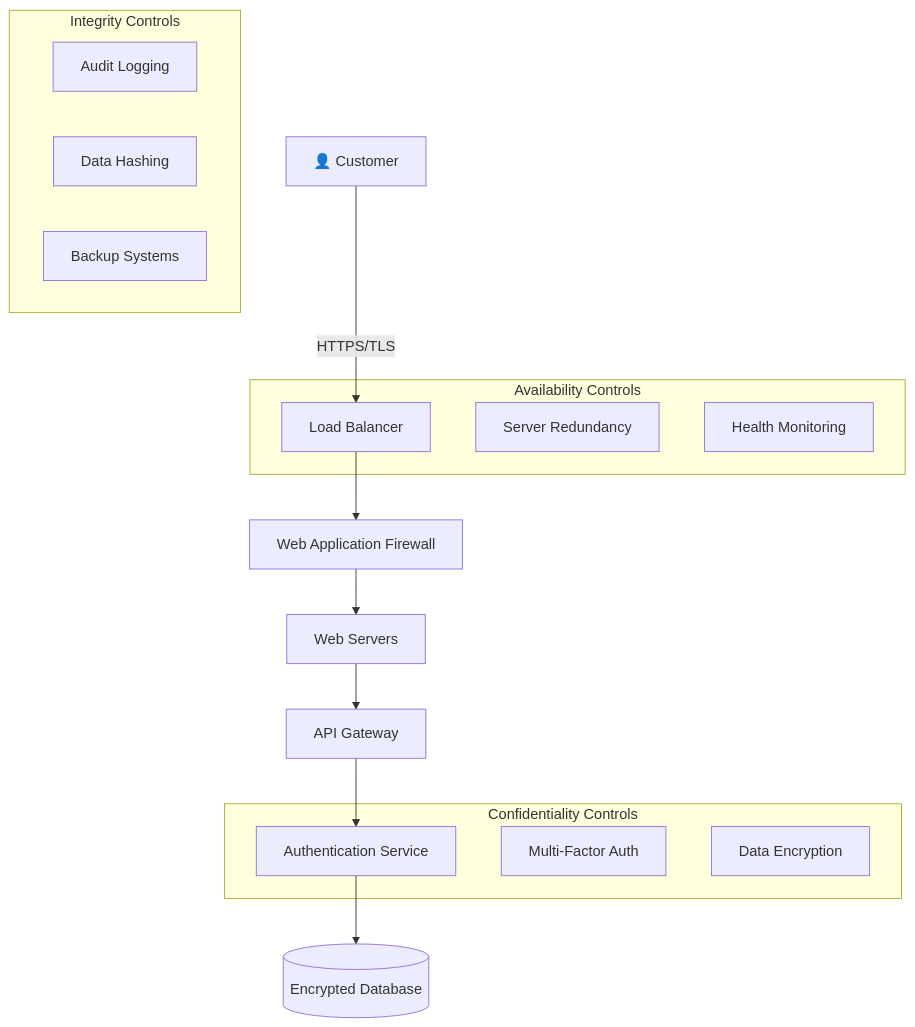
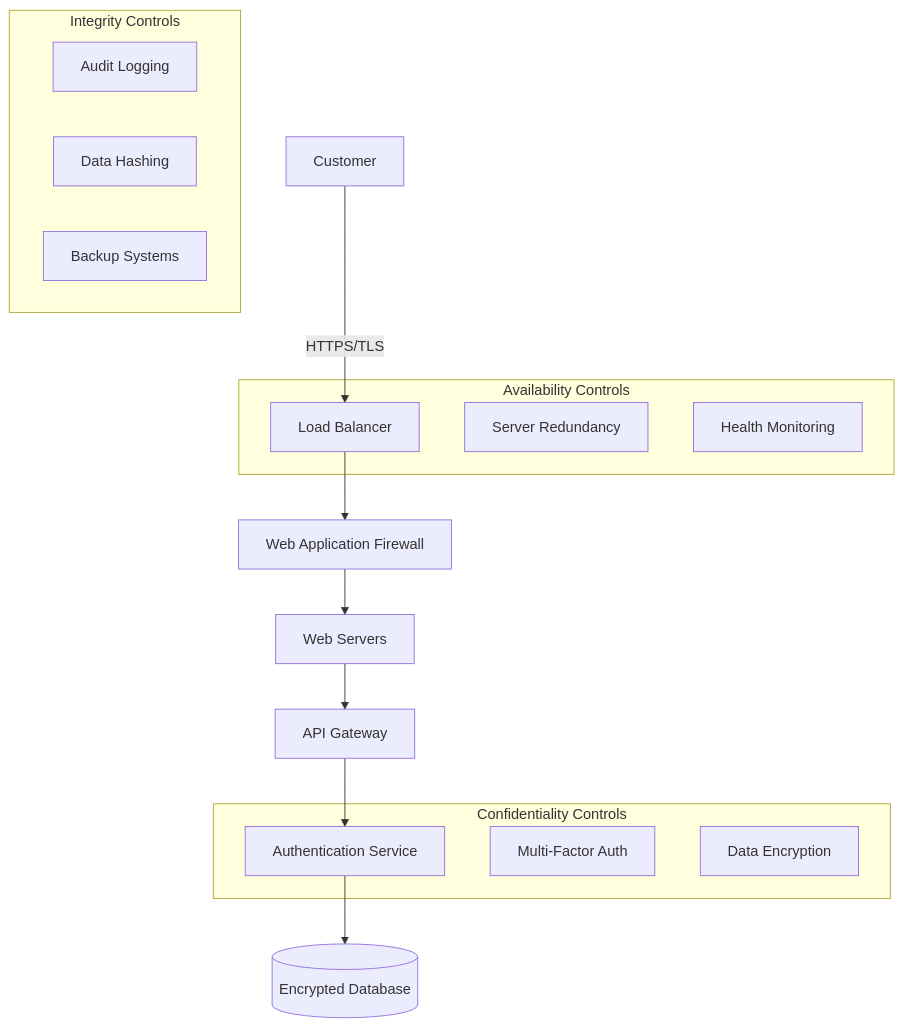
The diagram in public/blog/posts/CIA/index.md (REZ3X/rejaka_web), drawn with Mermaid before and after one commit. The commit also changed other lines of this file and 12 other files, not shown here.

````diff
--- a/public/blog/posts/CIA/index.md
+++ b/public/blog/posts/CIA/index.md
@@ -319,27 +328,27 @@
 ```mermaid
 flowchart TD
-    User[👤 Customer] -->|HTTPS/TLS| LB[Load Balancer]
+    User[Customer] -->|HTTPS/TLS| LB[Load Balancer]
     LB --> WAF[Web Application Firewall]
     WAF --> Web[Web Servers]
     Web --> API[API Gateway]
     API --> Auth[Authentication Service]
     Auth --> DB[(Encrypted Database)]
-    
+
     subgraph "Confidentiality Controls"
         Auth
         MFA[Multi-Factor Auth]
         Encrypt[Data Encryption]
     end
-    
+
     subgraph "Integrity Controls"
         Audit[Audit Logging]
         Hash[Data Hashing]
         Backup[Backup Systems]
     end
-    
+
     subgraph "Availability Controls"
         LB
         Redundancy[Server Redundancy]
         Monitor[Health Monitoring]
     end
 ```
````
